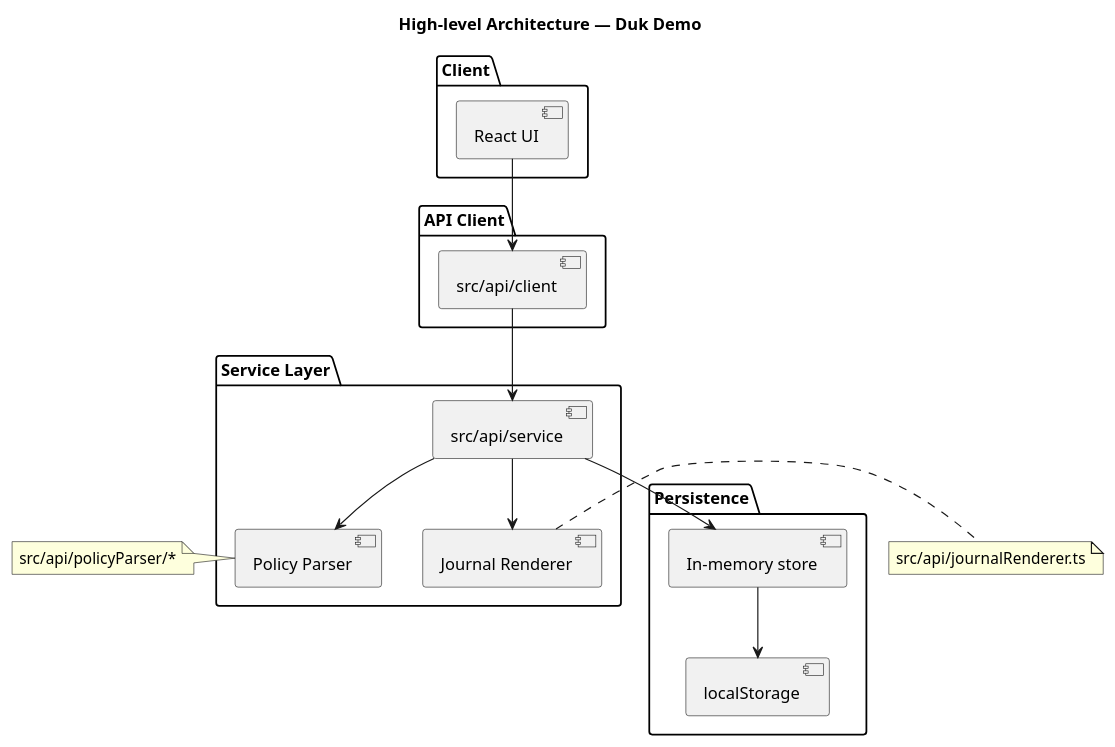
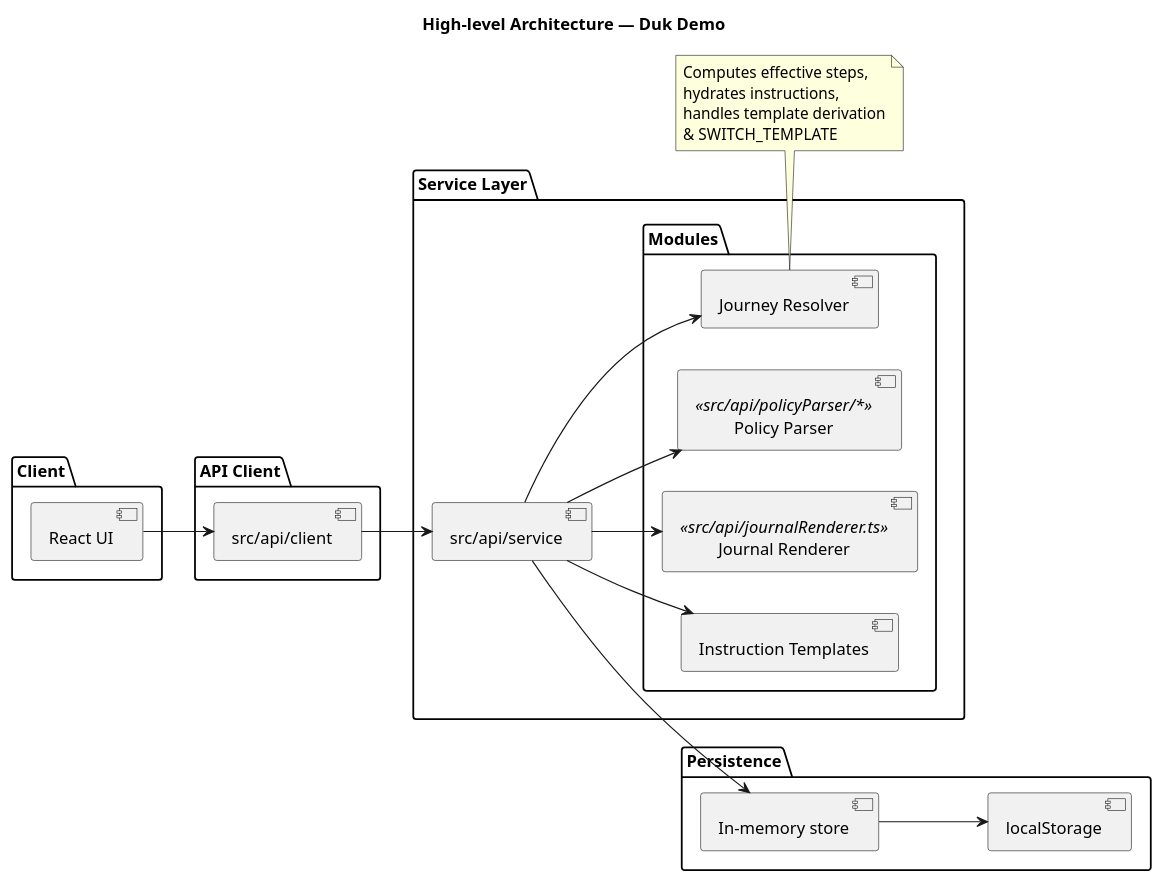
Before and after one commit to gforge/DUK: the diagram in docs/diagrams/high-level-architecture.puml, drawn with PlantUML. The commit also changed 52 other files, not shown here.

```diff
--- a/docs/diagrams/high-level-architecture.puml
+++ b/docs/diagrams/high-level-architecture.puml
@@ -1,38 +1,46 @@
 @startuml
 title High-level Architecture — Duk Demo
+
+left to right direction
 
 package "Client" {
   [React UI]
 }
 
 package "API Client" {
   [src/api/client]
 }
 
 package "Service Layer" {
   [src/api/service]
-  [Policy Parser]
-  [Journal Renderer]
+
+  package "Modules" {
+    [Policy Parser] <<src/api/policyParser/*>>
+    [Journal Renderer] <<src/api/journalRenderer.ts>>
+    [Journey Resolver]
+    [Instruction Templates]
+  }
 }
 
 package "Persistence" {
   [In-memory store]
   [localStorage]
 }
 
 [React UI] --> [src/api/client]
 [src/api/client] --> [src/api/service]
 [src/api/service] --> [Policy Parser]
 [src/api/service] --> [Journal Renderer]
+[src/api/service] --> [Journey Resolver]
+[src/api/service] --> [Instruction Templates]
 [src/api/service] --> [In-memory store]
 [In-memory store] --> [localStorage]
 
-note left of [Policy Parser]
-  src/api/policyParser/*
-end note
-
-note right of [Journal Renderer]
-  src/api/journalRenderer.ts
+note bottom of [Journey Resolver]
+  Computes effective steps,
+  hydrates instructions,
+  handles template derivation
+  & SWITCH_TEMPLATE
 end note
 
 @enduml
```
